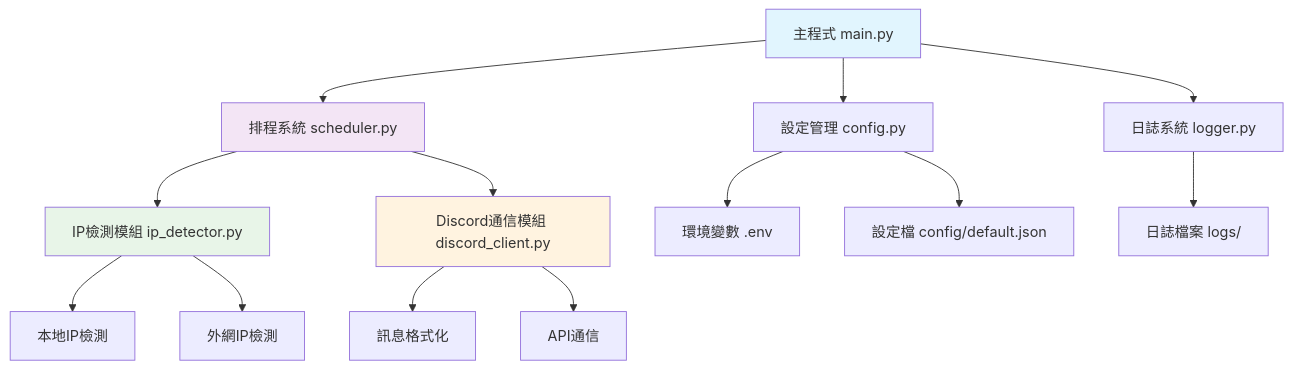
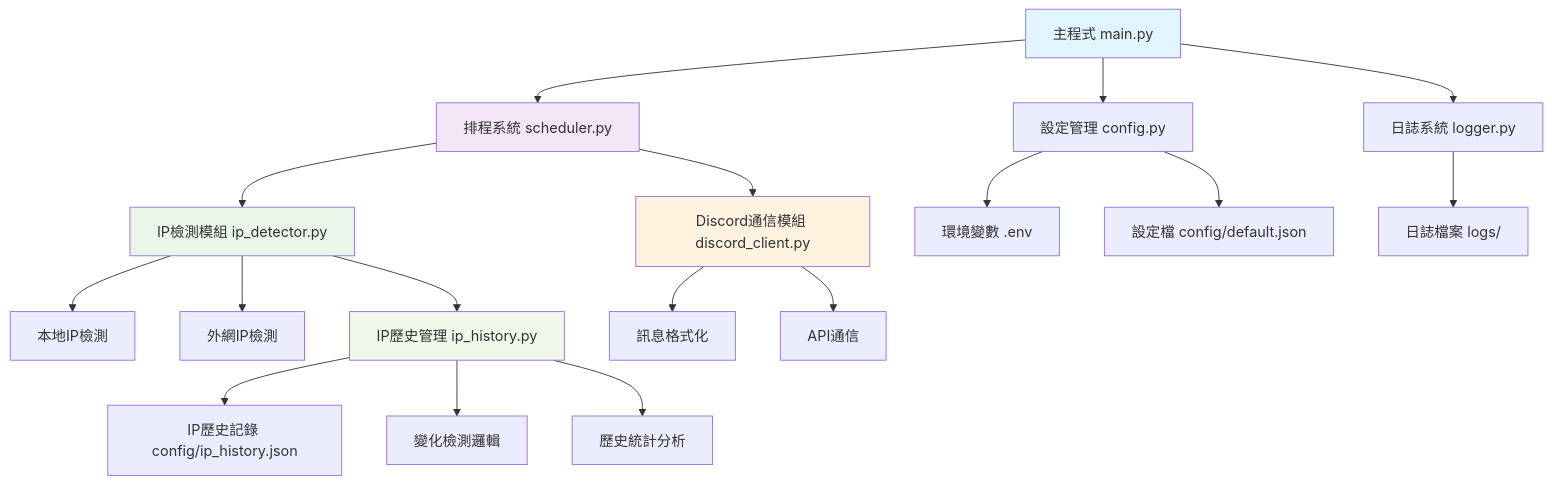
One commit to zhaungsont/discord-IP-bot changed the first of 3 diagrams in spec.md. Above: the diagram before and after it, drawn with Mermaid. The commit also changed other lines of this file and 8 other files, not shown here.

````diff
--- a/spec.md
+++ b/spec.md
@@ -119,24 +141,30 @@
 ```mermaid
 graph TB
     A[主程式 main.py] --> B[排程系統 scheduler.py]
     A --> C[設定管理 config.py]
     A --> D[日誌系統 logger.py]
     
     B --> E[IP檢測模組 ip_detector.py]
     E --> F[本地IP檢測]
     E --> G[外網IP檢測]
+    E --> N[IP歷史管理 ip_history.py]
     
     B --> H[Discord通信模組 discord_client.py]
     H --> I[訊息格式化]
     H --> J[API通信]
     
     C --> K[環境變數 .env]
     C --> L[設定檔 config/default.json]
     
     D --> M[日誌檔案 logs/]
     
+    N --> O[IP歷史記錄 config/ip_history.json]
+    N --> P[變化檢測邏輯]
+    N --> Q[歷史統計分析]
+    
     style A fill:#e1f5fe
     style B fill:#f3e5f5
     style E fill:#e8f5e8
     style H fill:#fff3e0
+    style N fill:#f1f8e9
 ```
````
